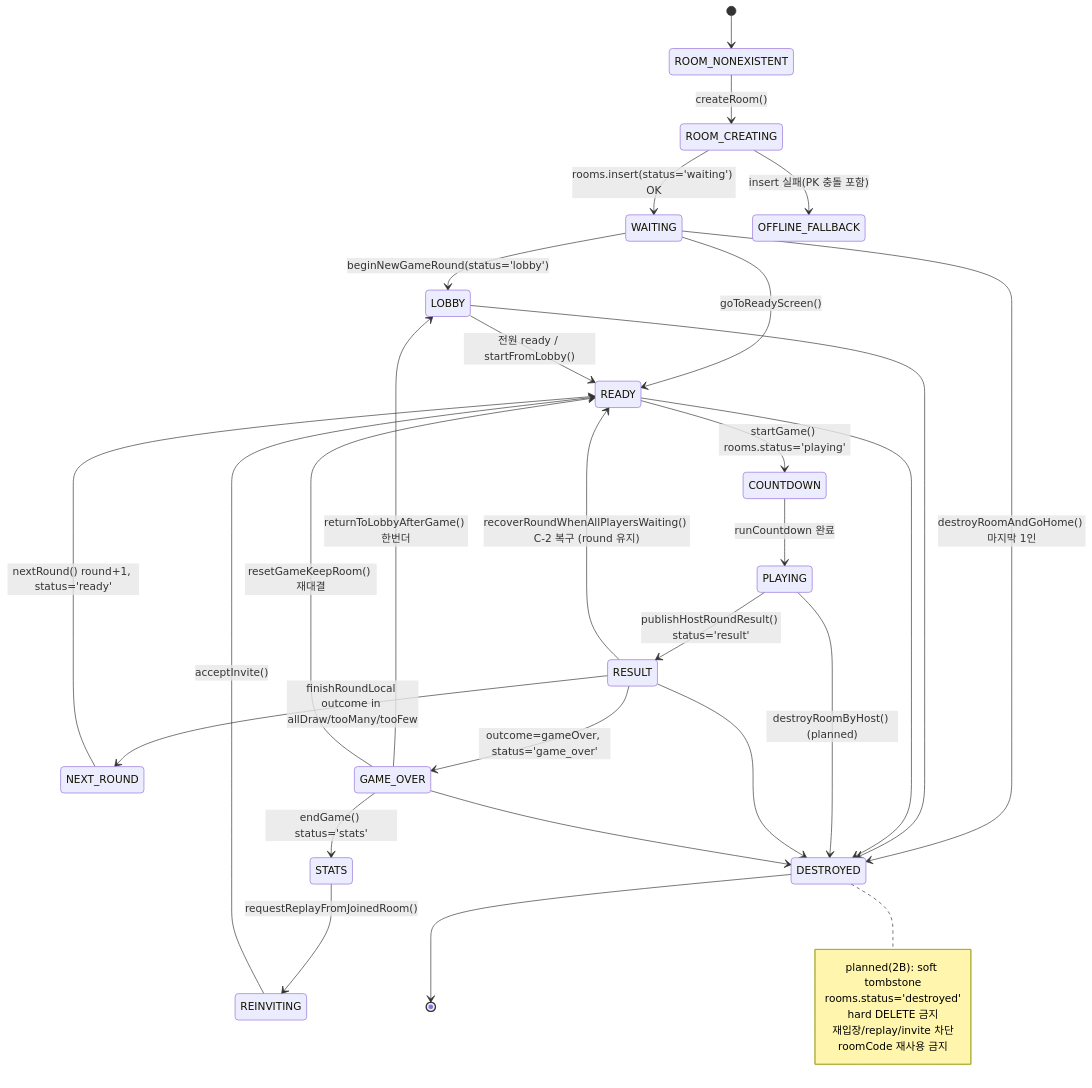
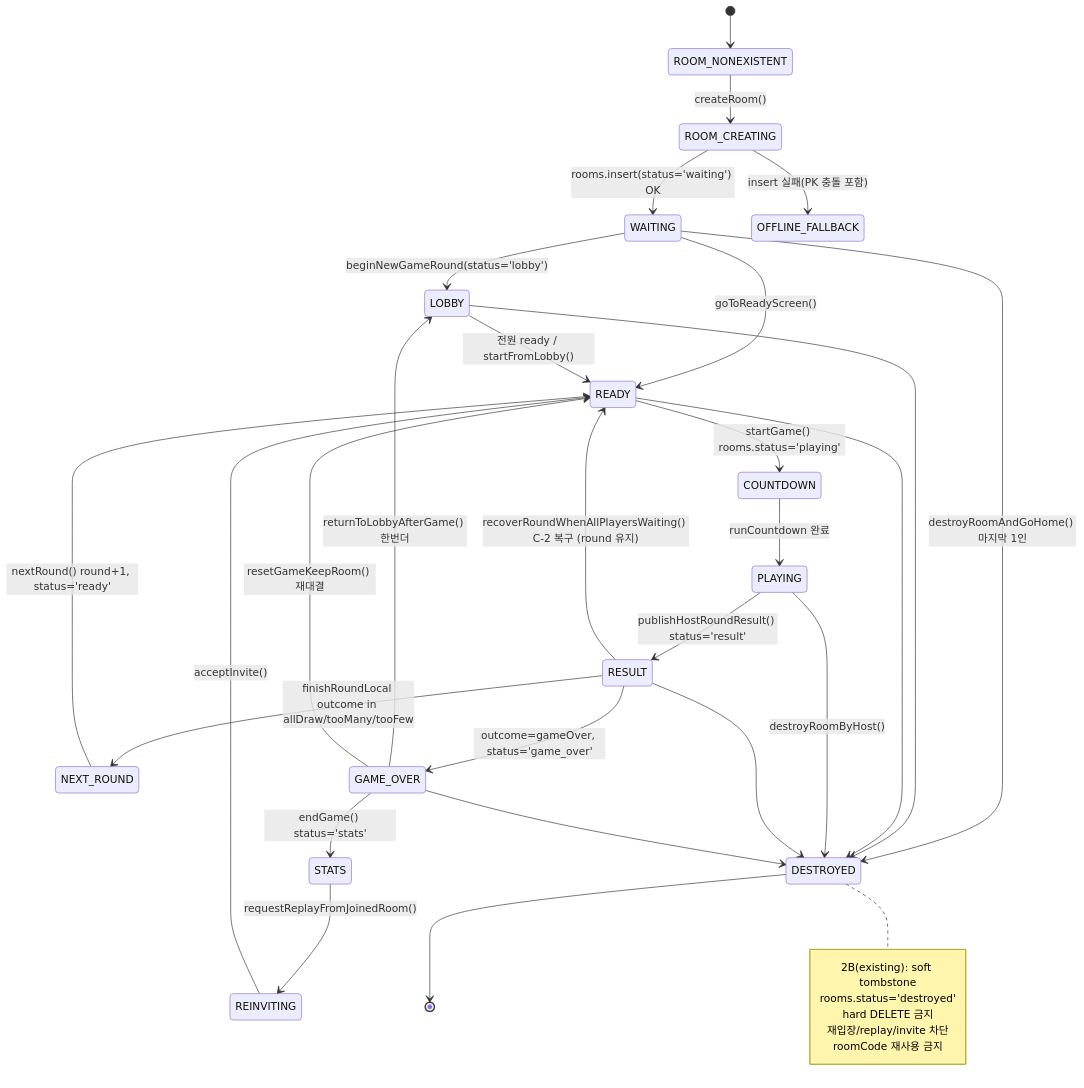
The first of 8 diagrams in docs/RPS_ROOM_LIFECYCLE_ARCHITECTURE.md (vincentkoo74-code/product-builder-lecture), drawn with Mermaid before and after one commit. The commit also changed other lines of this file and 15 other files, not shown here.

````diff
--- a/docs/RPS_ROOM_LIFECYCLE_ARCHITECTURE.md
+++ b/docs/RPS_ROOM_LIFECYCLE_ARCHITECTURE.md
@@ -39,42 +39,42 @@
 ```mermaid
 stateDiagram-v2
     [*] --> ROOM_NONEXISTENT
     ROOM_NONEXISTENT --> ROOM_CREATING: createRoom()
     ROOM_CREATING --> WAITING: rooms.insert(status='waiting') OK
     ROOM_CREATING --> OFFLINE_FALLBACK: insert 실패(PK 충돌 포함)
 
     WAITING --> LOBBY: beginNewGameRound(status='lobby')
     WAITING --> READY: goToReadyScreen()
     LOBBY --> READY: 전원 ready / startFromLobby()
     READY --> COUNTDOWN: startGame() rooms.status='playing'
     COUNTDOWN --> PLAYING: runCountdown 완료
     PLAYING --> RESULT: publishHostRoundResult() status='result'
 
     RESULT --> NEXT_ROUND: finishRoundLocal outcome in allDraw/tooMany/tooFew
     NEXT_ROUND --> READY: nextRound() round+1, status='ready'
     RESULT --> GAME_OVER: outcome=gameOver, status='game_over'
 
     GAME_OVER --> STATS: endGame() status='stats'
     GAME_OVER --> LOBBY: returnToLobbyAfterGame() 한번더
     GAME_OVER --> READY: resetGameKeepRoom() 재대결
     STATS --> REINVITING: requestReplayFromJoinedRoom()
     REINVITING --> READY: acceptInvite()
 
     RESULT --> READY: recoverRoundWhenAllPlayersWaiting() C-2 복구 (round 유지)
 
     WAITING --> DESTROYED: destroyRoomAndGoHome() 마지막 1인
     LOBBY --> DESTROYED
     READY --> DESTROYED
-    PLAYING --> DESTROYED: destroyRoomByHost() (planned)
+    PLAYING --> DESTROYED: destroyRoomByHost()
     RESULT --> DESTROYED
     GAME_OVER --> DESTROYED
     DESTROYED --> [*]
 
     note right of DESTROYED
-        planned(2B): soft tombstone
+        2B(existing): soft tombstone
         rooms.status='destroyed'
         hard DELETE 금지
         재입장/replay/invite 차단
         roomCode 재사용 금지
     end note
 ```
````
